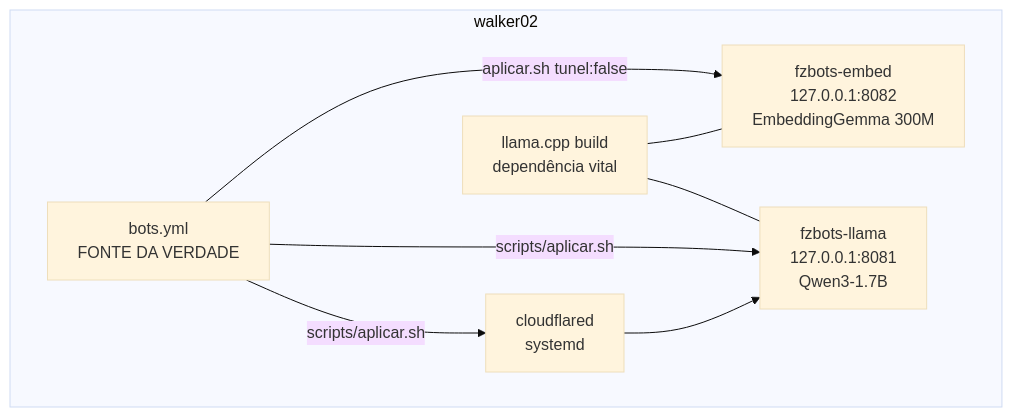
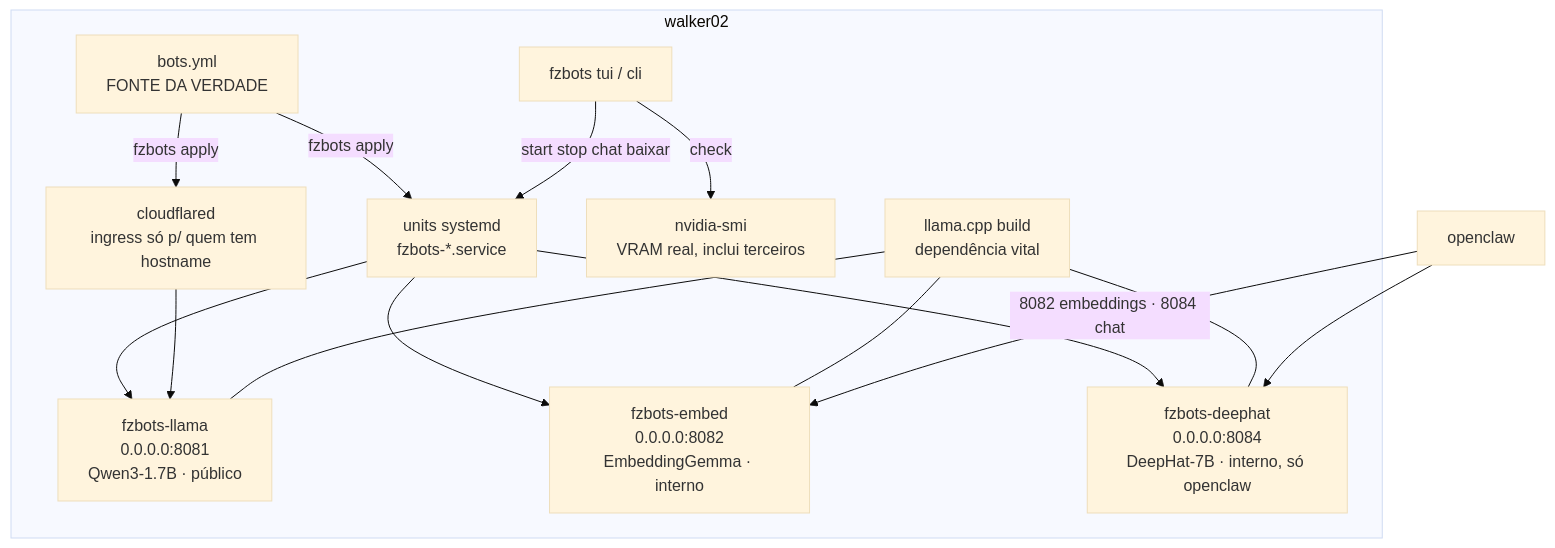
Before and after one commit to RLuf/fzmultibotbackend: the second of 2 diagrams in docs/pt/arquitetura.md, drawn with Mermaid (base theme). The commit also changed other lines of this file and 49 other files, not shown here.

First line of the commit message:
0.7.0: fzbots CLI + TUI + install.sh; bind 0.0.0.0; deephat como bot interno; build-llama.sh

````diff
--- a/docs/pt/arquitetura.md
+++ b/docs/pt/arquitetura.md
@@ -16,11 +17,18 @@
 ```mermaid
 graph TD
     subgraph walker02
-        CD[cloudflared<br/>systemd] --> B1[fzbots-llama<br/>127.0.0.1:8081<br/>Qwen3-1.7B]
-        Y[bots.yml<br/>FONTE DA VERDADE] -->|scripts/aplicar.sh| CD
-        Y -->|scripts/aplicar.sh| B1
-        Y -->|aplicar.sh tunel:false| B3[fzbots-embed<br/>127.0.0.1:8082<br/>EmbeddingGemma 300M]
-        L[llama.cpp build<br/>dependência vital] --- B1
-        L --- B3
+        Y[bots.yml<br/>FONTE DA VERDADE] -->|fzbots apply| U[units systemd<br/>fzbots-*.service]
+        Y -->|fzbots apply| CD[cloudflared<br/>ingress só p/ quem tem hostname]
+        U --> B1[fzbots-llama<br/>0.0.0.0:8081<br/>Qwen3-1.7B · público]
+        U --> B2[fzbots-embed<br/>0.0.0.0:8082<br/>EmbeddingGemma · interno]
+        U --> B3[fzbots-deephat<br/>0.0.0.0:8084<br/>DeepHat-7B · interno, só openclaw]
+        CD --> B1
+        T[fzbots tui / cli] -->|start stop chat baixar| U
+        T -->|check| G[nvidia-smi<br/>VRAM real, inclui terceiros]
+        LL[llama.cpp build<br/>dependência vital] --- B1
+        LL --- B2
+        LL --- B3
     end
+    OC[openclaw] -->|8082 embeddings · 8084 chat| B2
+    OC --> B3
 ```
````
